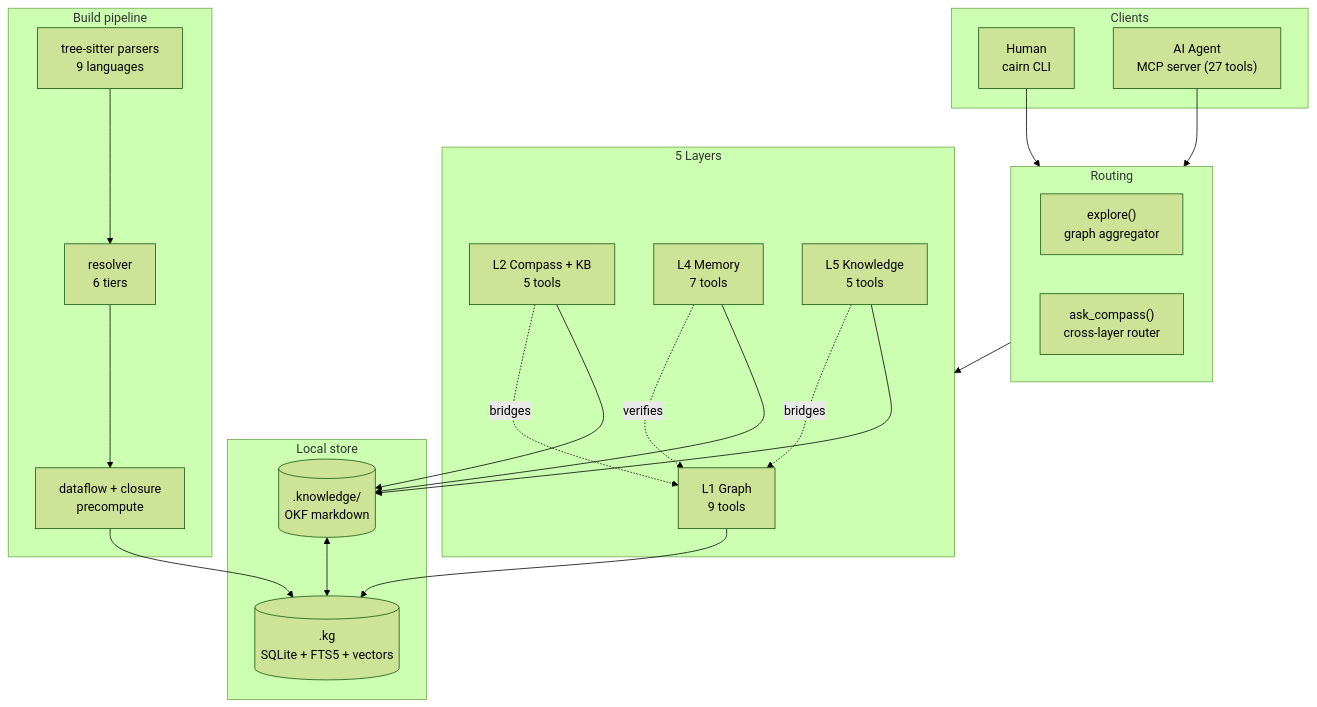
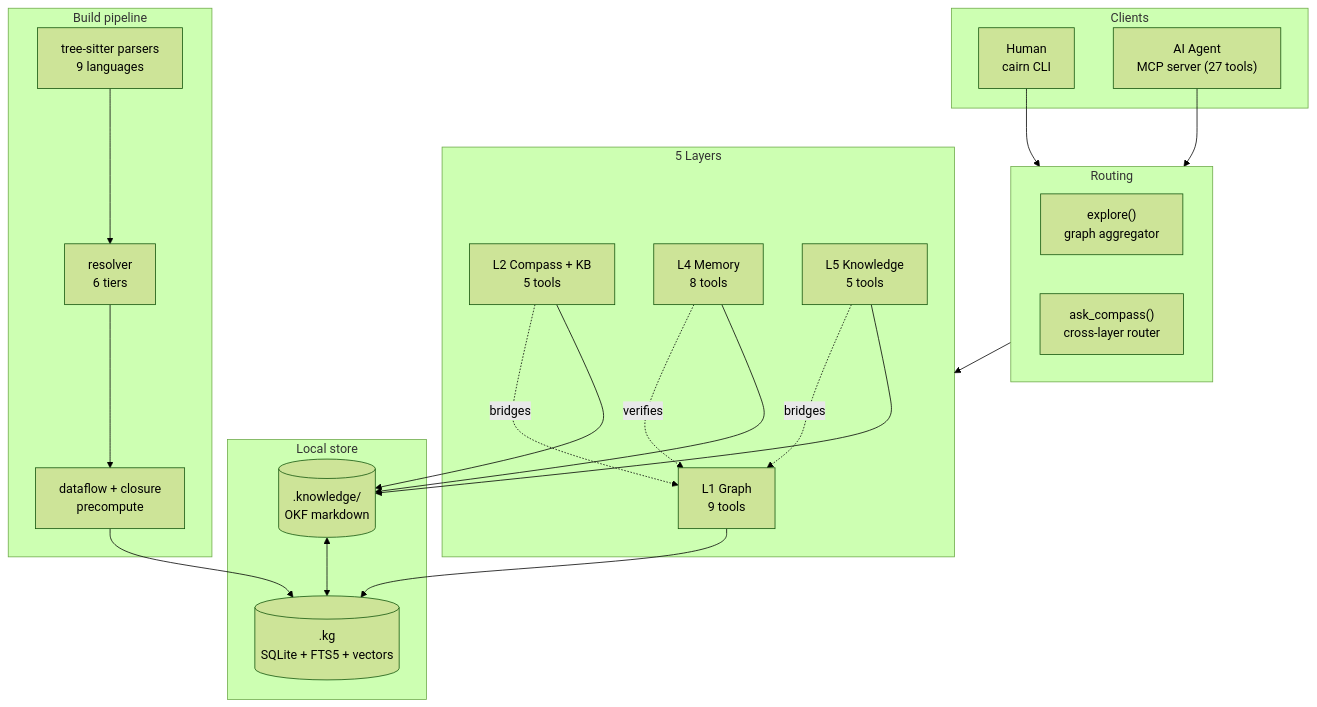
The first of 11 diagrams in docs/architecture-overview.md (tanlnm512/cairn), drawn with Mermaid (forest theme) before and after one commit. The commit also changed other lines of this file and 34 other files, not shown here.

````diff
--- a/docs/architecture-overview.md
+++ b/docs/architecture-overview.md
@@ -29,43 +29,43 @@
 ```mermaid
 flowchart TB
     subgraph Clients["Clients"]
         H["Human<br/>cairn CLI"]
         A["AI Agent<br/>MCP server (27 tools)"]
     end
 
     subgraph Router["Routing"]
         EX["explore()<br/>graph aggregator"]
         AC["ask_compass()<br/>cross-layer router"]
     end
 
     subgraph Layers["5 Layers"]
         L1["L1 Graph<br/>9 tools"]
         L2["L2 Compass + KB<br/>5 tools"]
-        L4["L4 Memory<br/>7 tools"]
+        L4["L4 Memory<br/>8 tools"]
         L5["L5 Knowledge<br/>5 tools"]
     end
 
     subgraph Store["Local store"]
         DB[(".kg<br/>SQLite + FTS5 + vectors")]
         KB[(".knowledge/<br/>OKF markdown")]
     end
 
     subgraph Build["Build pipeline"]
         P["tree-sitter parsers<br/>9 languages"]
         R["resolver<br/>6 tiers"]
         D["dataflow + closure<br/>precompute"]
     end
 
     H --> Router
     A --> Router
     Router --> Layers
     L1 --> DB
     L2 --> KB
     L2 -.bridges.-> L1
     L4 --> KB
     L4 -.verifies.-> L1
     L5 --> KB
     L5 -.bridges.-> L1
     P --> R --> D --> DB
     KB <--> DB
 ```
````
